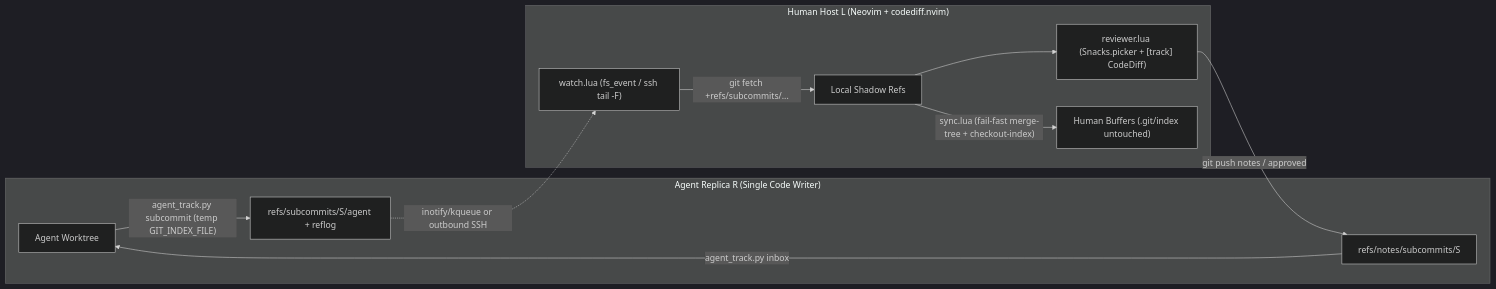
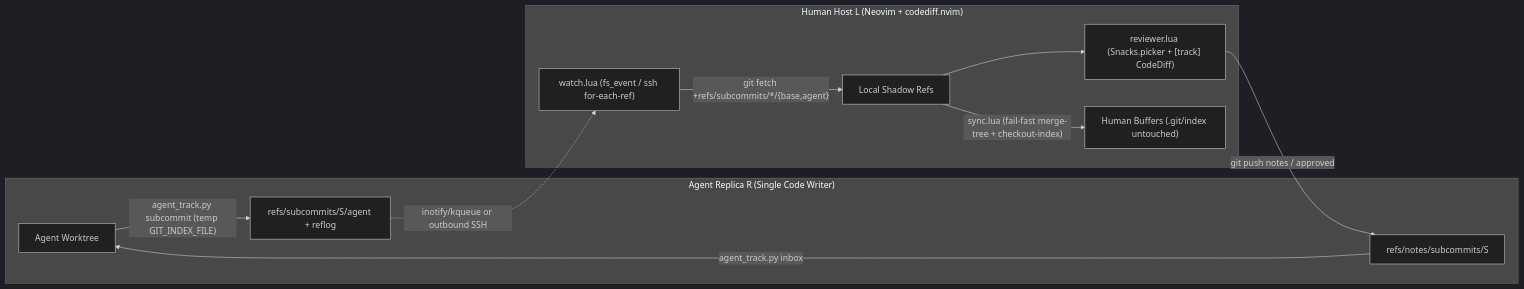
One commit to Kailian-Jacy/nvim-config changed the diagram in config.nvim/plugins/agent-track/README.md. Above: the diagram before and after it, drawn with Mermaid (dark theme). The commit also changed other lines of this file and 6 other files, not shown here.

Commit message:
feat(agent-track): auto-discover remote sessions and watch wildcard subcommit refs

````diff
--- a/config.nvim/plugins/agent-track/README.md
+++ b/config.nvim/plugins/agent-track/README.md
@@ -9,14 +9,14 @@
 ```mermaid
 flowchart LR
   subgraph R["Agent Replica R (Single Code Writer)"]
     WT_R["Agent Worktree"] -->|"agent_track.py subcommit (temp GIT_INDEX_FILE)"| REF_A["refs/subcommits/S/agent + reflog"]
     REF_N_R["refs/notes/subcommits/S"] -->|"agent_track.py inbox"| WT_R
   end
   subgraph L["Human Host L (Neovim + codediff.nvim)"]
-    WATCH["watch.lua (fs_event / ssh tail -F)"] -->|"git fetch +refs/subcommits/..."| REF_L["Local Shadow Refs"]
+    WATCH["watch.lua (fs_event / ssh for-each-ref)"] -->|"git fetch +refs/subcommits/*/{base,agent}"| REF_L["Local Shadow Refs"]
     REF_L --> REV["reviewer.lua (Snacks.picker + [track] CodeDiff)"]
     REV -->|"git push notes / approved"| REF_N_R
     REF_L -->|"sync.lua (fail-fast merge-tree + checkout-index)"| WT_L["Human Buffers (.git/index untouched)"]
   end
   REF_A -.->|"inotify/kqueue or outbound SSH"| WATCH
 ```
````
